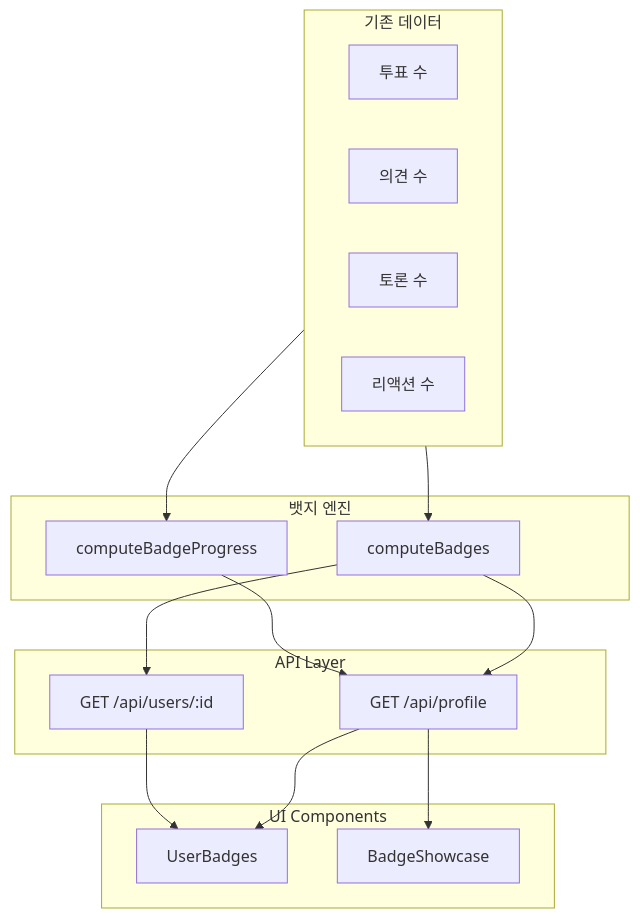
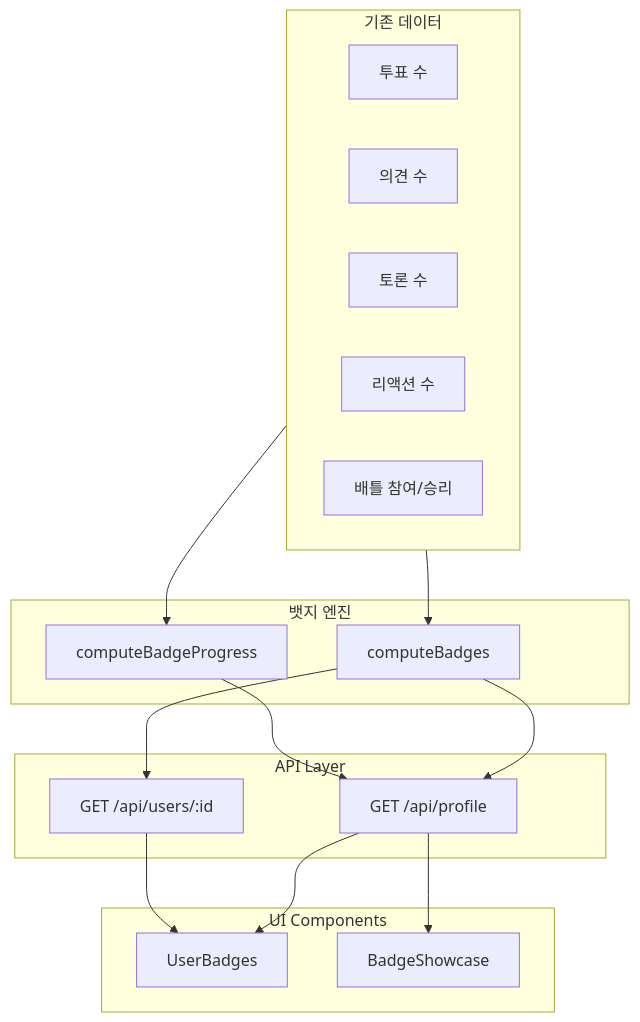
Before and after one commit to bothsides-platform-dev/both-sides: the diagram in docs/features/badge-system.md, drawn with Mermaid. The commit also changed other lines of this file and 5 other files, not shown here.

````diff
--- a/docs/features/badge-system.md
+++ b/docs/features/badge-system.md
@@ -59,33 +68,34 @@
 ```mermaid
 flowchart TB
     subgraph data[기존 데이터]
         votes[투표 수]
         opinions[의견 수]
         topics[토론 수]
         reactions[리액션 수]
+        battles[배틀 참여/승리]
     end
 
     subgraph engine[뱃지 엔진]
         compute[computeBadges]
         progress[computeBadgeProgress]
     end
 
     subgraph api[API Layer]
         profileAPI[GET /api/profile]
         publicAPI[GET /api/users/:id]
     end
 
     subgraph ui[UI Components]
         userBadges[UserBadges]
         showcase[BadgeShowcase]
     end
 
     data --> compute
     data --> progress
     compute --> profileAPI
     compute --> publicAPI
     progress --> profileAPI
     profileAPI --> userBadges
     profileAPI --> showcase
     publicAPI --> userBadges
 ```
````
